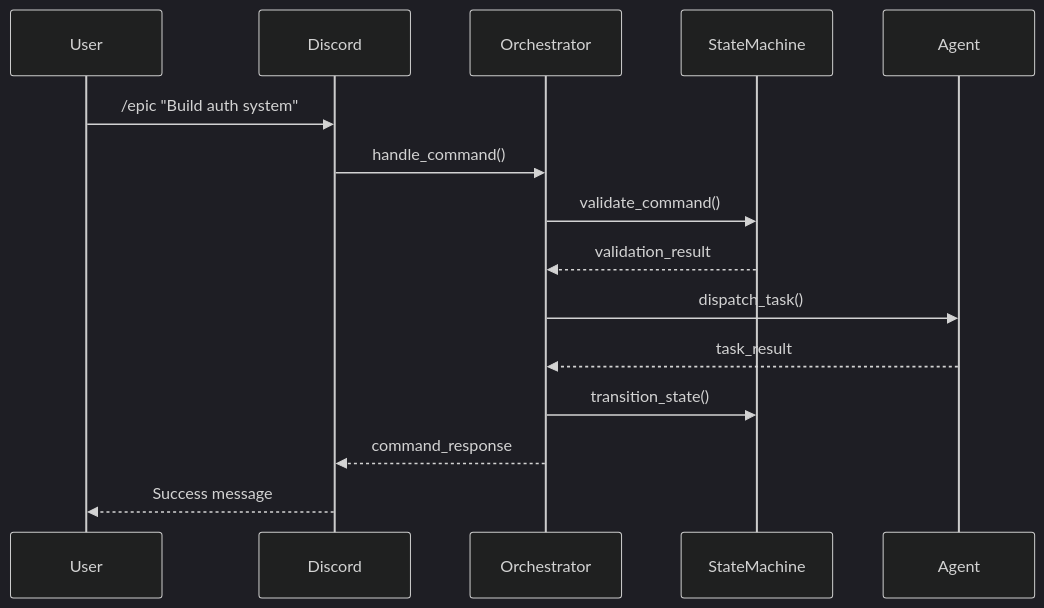
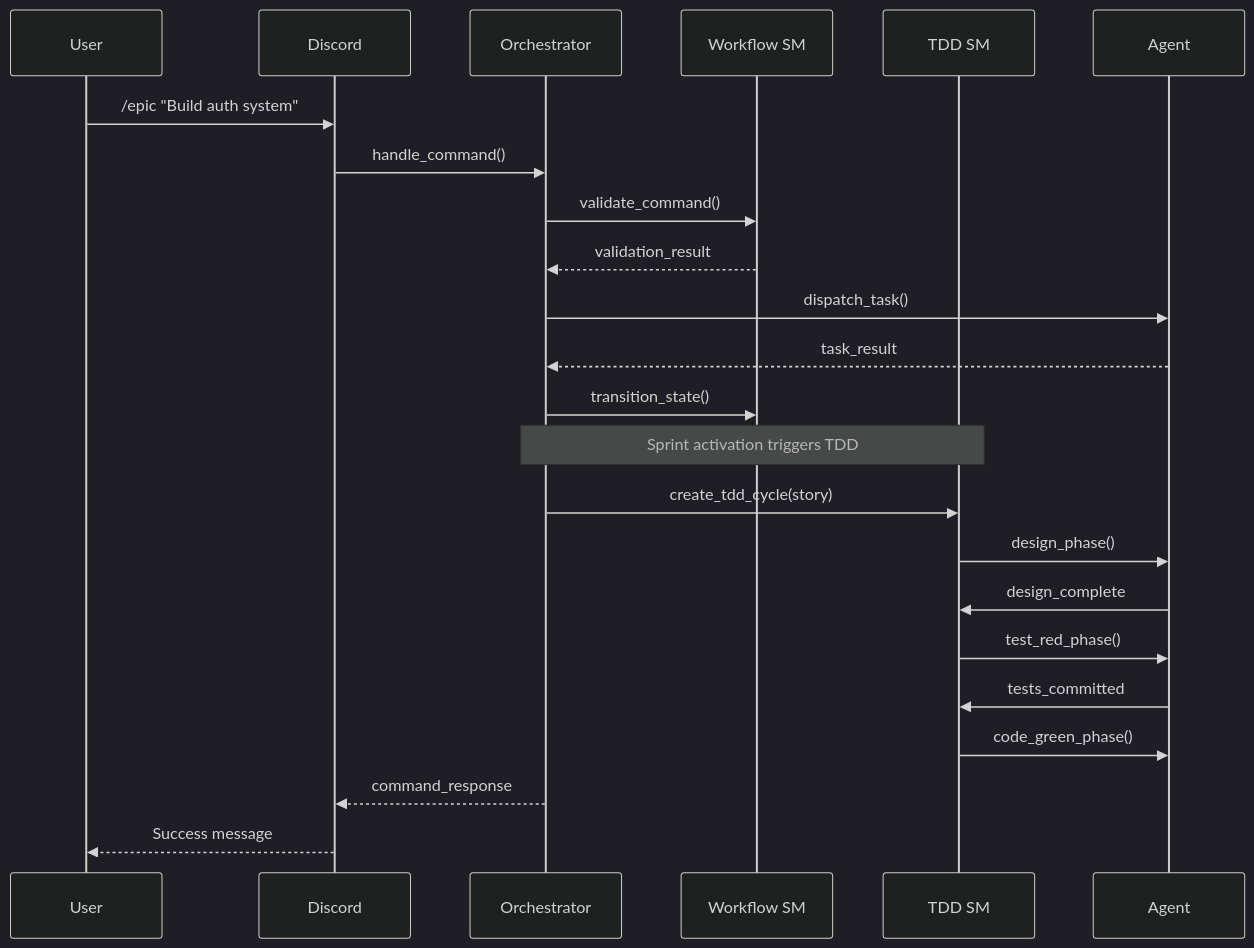
Before and after one commit to jmontp/agent-workflow: the second of 3 diagrams in docs_src/advanced/architecture-detailed.md, drawn with Mermaid (dark theme). The commit also changed other lines of this file and 9 other files, not shown here.

First line of the commit message:
Update advanced documentation for dual state machine architecture with TDD integration

````diff
--- a/docs_src/advanced/architecture-detailed.md
+++ b/docs_src/advanced/architecture-detailed.md
@@ -119,18 +149,28 @@
 ```mermaid
 sequenceDiagram
     participant User
     participant Discord
     participant Orchestrator
-    participant StateMachine
+    participant WSM as Workflow SM
+    participant TSM as TDD SM
     participant Agent
     
     User->>Discord: /epic "Build auth system"
     Discord->>Orchestrator: handle_command()
-    Orchestrator->>StateMachine: validate_command()
-    StateMachine-->>Orchestrator: validation_result
+    Orchestrator->>WSM: validate_command()
+    WSM-->>Orchestrator: validation_result
     Orchestrator->>Agent: dispatch_task()
     Agent-->>Orchestrator: task_result
-    Orchestrator->>StateMachine: transition_state()
+    Orchestrator->>WSM: transition_state()
+    
+    Note over Orchestrator,TSM: Sprint activation triggers TDD
+    Orchestrator->>TSM: create_tdd_cycle(story)
+    TSM->>Agent: design_phase()
+    Agent->>TSM: design_complete
+    TSM->>Agent: test_red_phase()
+    Agent->>TSM: tests_committed
+    TSM->>Agent: code_green_phase()
+    
     Orchestrator-->>Discord: command_response
     Discord-->>User: Success message
 ```
````
